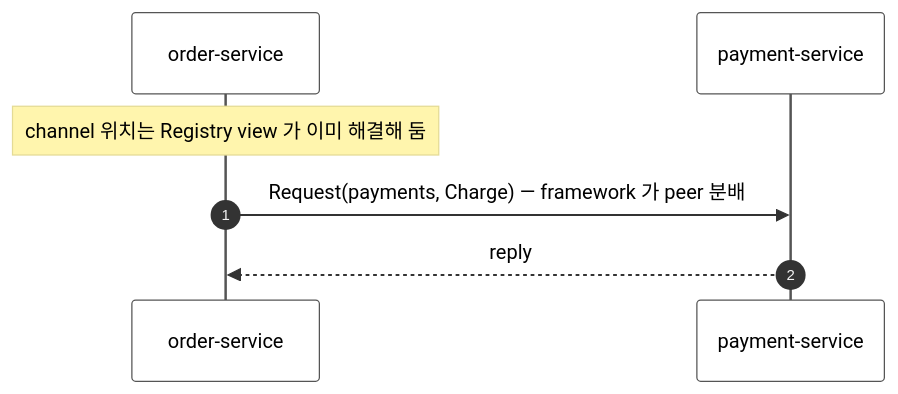
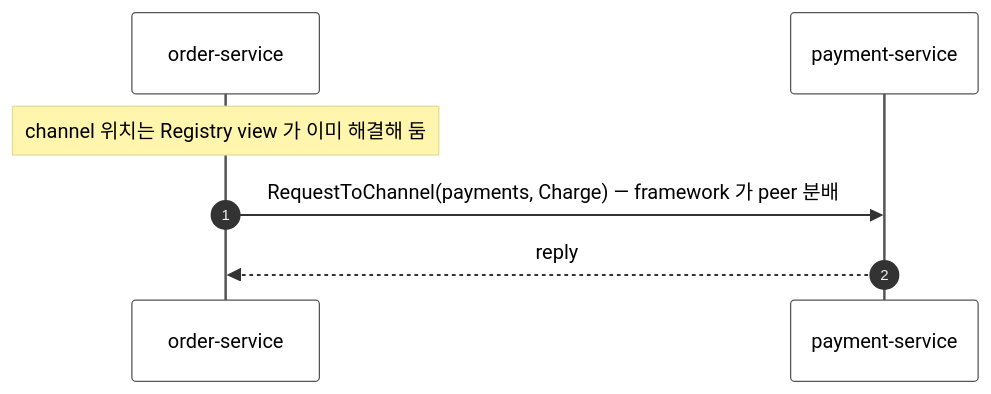
One commit to kairos-code-dev/zlink changed the fourth of 4 diagrams in framework/languages/dotnet/doc/guide/12-grpc-alternative.ko.md. Above: the diagram before and after it, drawn with Mermaid. The commit also changed other lines of this file and 32 other files, not shown here.

````diff
--- a/framework/languages/dotnet/doc/guide/12-grpc-alternative.ko.md
+++ b/framework/languages/dotnet/doc/guide/12-grpc-alternative.ko.md
@@ -258,10 +258,10 @@
 ```mermaid
 sequenceDiagram
 %%{init: {'theme': 'base', 'themeVariables': {'signalTextColor': '#000000', 'actorTextColor': '#000000', 'noteTextColor': '#000000', 'actorBkg': '#ffffff', 'actorBorder': '#555555', 'activationBorderColor': '#555555'}}}%%
   autonumber
   participant A as order-service
   participant B as payment-service
   Note over A: channel 위치는 Registry view 가 이미 해결해 둠
-  A->>B: Request(payments, Charge) — framework 가 peer 분배
+  A->>B: RequestToChannel(payments, Charge) — framework 가 peer 분배
   B-->>A: reply
 ```
````
